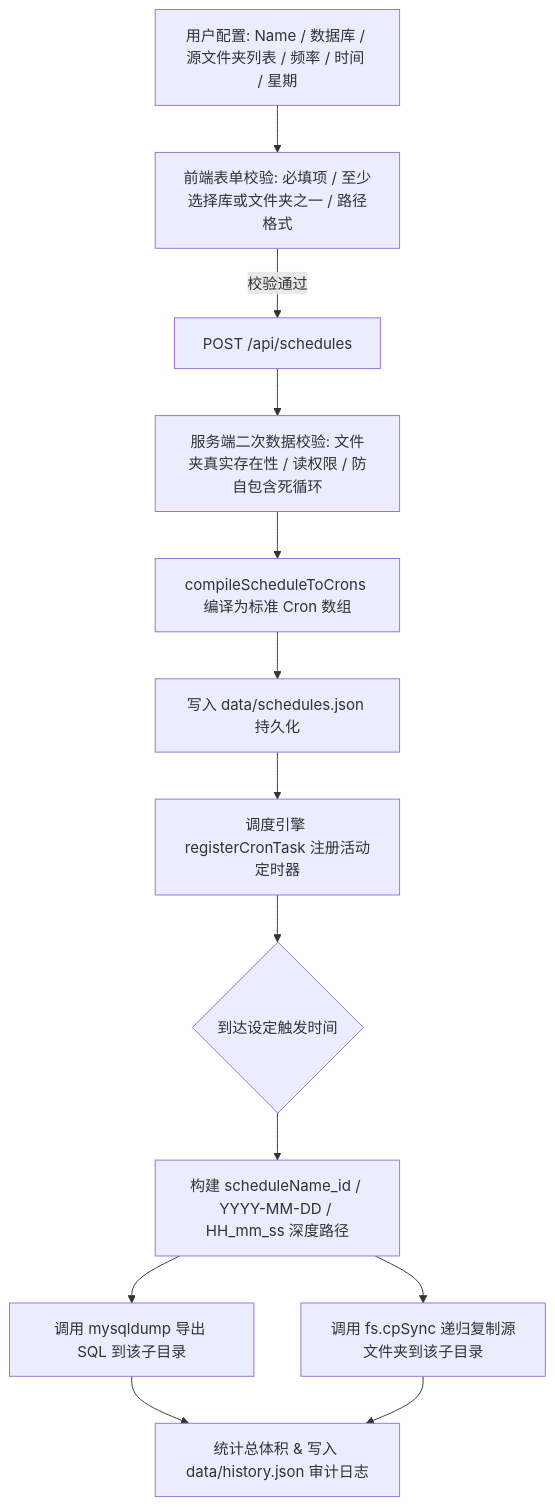
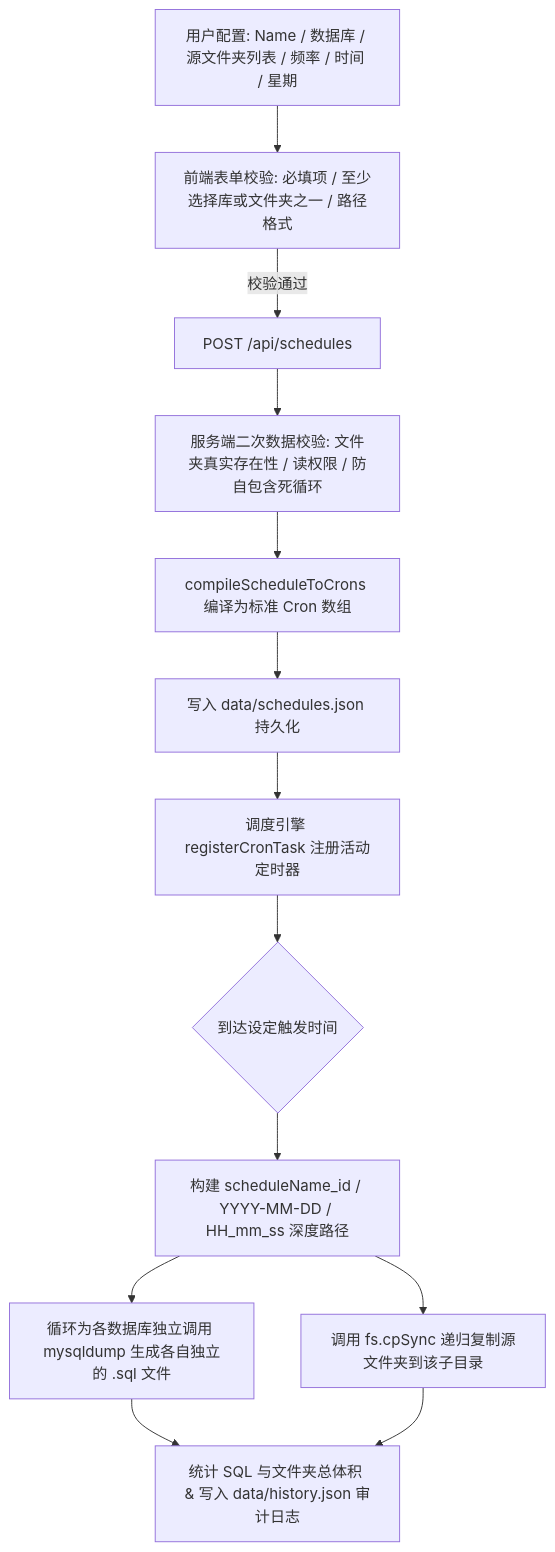
One commit to weiyang0903/autobackup changed the diagram in docs/SCHEDULED_BACKUP.md. Above: the diagram before and after it, drawn with Mermaid. The commit also changed 7 other files, not shown here.

````diff
--- a/docs/SCHEDULED_BACKUP.md
+++ b/docs/SCHEDULED_BACKUP.md
@@ -50,16 +50,16 @@
 ```mermaid
 flowchart TD
     A[用户配置: Name / 数据库 / 源文件夹列表 / 频率 / 时间 / 星期] --> B[前端表单校验: 必填项 / 至少选择库或文件夹之一 / 路径格式]
     B -- 校验通过 --> C[POST /api/schedules]
     C --> D[服务端二次数据校验: 文件夹真实存在性 / 读权限 / 防自包含死循环]
     D --> E[compileScheduleToCrons 编译为标准 Cron 数组]
     
     E --> G[写入 data/schedules.json 持久化]
     G --> H[调度引擎 registerCronTask 注册活动定时器]
     
     H --> I{到达设定触发时间}
     I --> J[构建 scheduleName_id / YYYY-MM-DD / HH_mm_ss 深度路径]
-    J --> K1[调用 mysqldump 导出 SQL 到该子目录]
+    J --> K1[循环为各数据库独立调用 mysqldump 生成各自独立的 .sql 文件]
     J --> K2[调用 fs.cpSync 递归复制源文件夹到该子目录]
-    K1 & K2 --> L[统计总体积 & 写入 data/history.json 审计日志]
+    K1 & K2 --> L[统计 SQL 与文件夹总体积 & 写入 data/history.json 审计日志]
 ```
````
